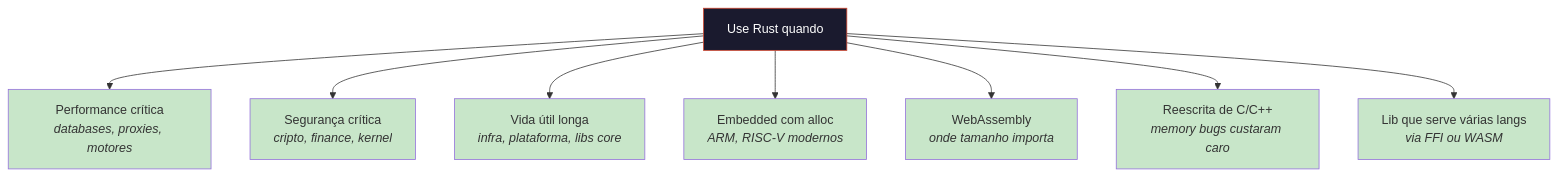
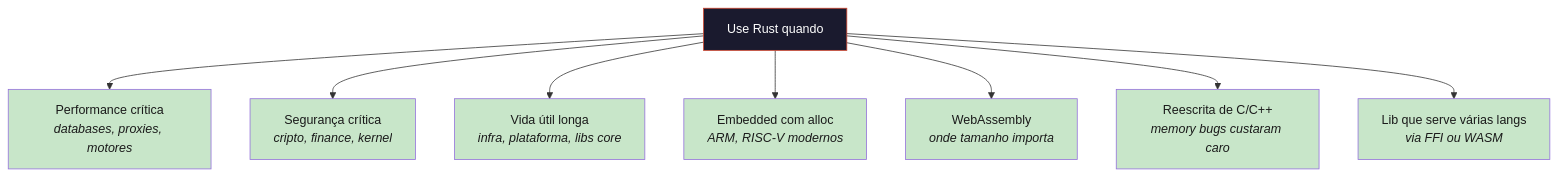
Before and after one commit to Felipeness/ferro-e-espirito: the first of 2 diagrams in book/part-19-comparisons/ch56-quando-nao-rust.md, drawn with Mermaid. The commit also changed other lines of this file and 56 other files, not shown here.

First line of the commit message:
fix: contraste de texto em diagramas mermaid

````diff
--- a/book/part-19-comparisons/ch56-quando-nao-rust.md
+++ b/book/part-19-comparisons/ch56-quando-nao-rust.md
@@ -110,20 +110,20 @@
 ```mermaid
 graph TB
     Use["Use Rust quando"]
     Use --> A["Performance crítica<br/><i>databases, proxies, motores</i>"]
     Use --> B["Segurança crítica<br/><i>cripto, finance, kernel</i>"]
     Use --> C["Vida útil longa<br/><i>infra, plataforma, libs core</i>"]
     Use --> D["Embedded com alloc<br/><i>ARM, RISC-V modernos</i>"]
     Use --> E["WebAssembly<br/><i>onde tamanho importa</i>"]
     Use --> F["Reescrita de C/C++<br/><i>memory bugs custaram caro</i>"]
     Use --> G["Lib que serve várias langs<br/><i>via FFI ou WASM</i>"]
 
     style Use fill:#1a1a2e,stroke:#ce422b,color:#fff
-    style A fill:#c8e6c9
-    style B fill:#c8e6c9
-    style C fill:#c8e6c9
-    style D fill:#c8e6c9
-    style E fill:#c8e6c9
-    style F fill:#c8e6c9
-    style G fill:#c8e6c9
+    style A fill:#c8e6c9,color:#1a1a1a
+    style B fill:#c8e6c9,color:#1a1a1a
+    style C fill:#c8e6c9,color:#1a1a1a
+    style D fill:#c8e6c9,color:#1a1a1a
+    style E fill:#c8e6c9,color:#1a1a1a
+    style F fill:#c8e6c9,color:#1a1a1a
+    style G fill:#c8e6c9,color:#1a1a1a
 ```
````
